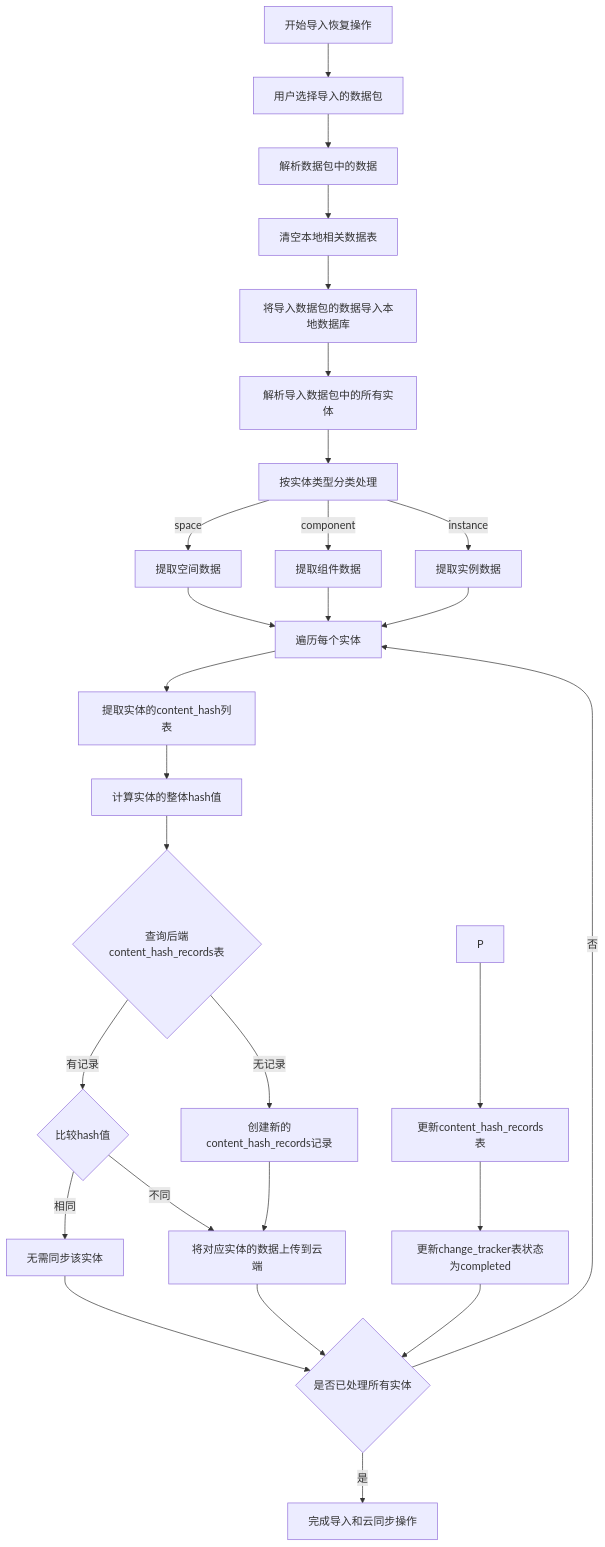
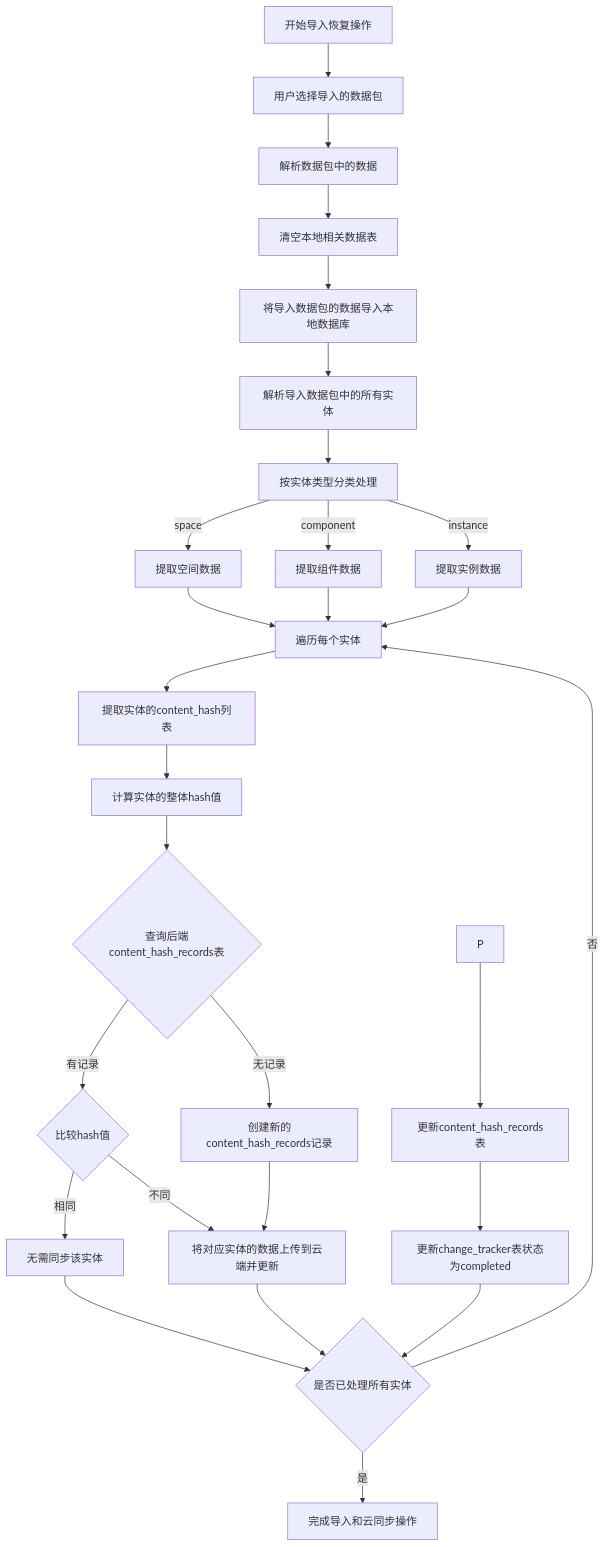
The diagram in all/未命名-44.md (yingjianzh/iodraw-files), drawn with Mermaid before and after one commit.

Commit message:
2025-04-27 11:42:43 update

````diff
--- a/all/未命名-44.md
+++ b/all/未命名-44.md
@@ -1,39 +1,39 @@
 ```mermaid
 flowchart TD
     A[开始导入恢复操作] --> B[用户选择导入的数据包]
     B --> C[解析数据包中的数据]
     
     C --> D[清空本地相关数据表]
     D --> E[将导入数据包的数据导入本地数据库]
     
     E --> F[解析导入数据包中的所有实体]
     F --> G[按实体类型分类处理]
     
     G -->|space| H1[提取空间数据]
     G -->|component| H2[提取组件数据]
     G -->|instance| H3[提取实例数据]
     
     H1 --> I[遍历每个实体]
     H2 --> I
     H3 --> I
     
     I --> J[提取实体的content_hash列表]
     J --> K[计算实体的整体hash值]
     
     K --> L{查询后端content_hash_records表}
     L -->|无记录| M1[创建新的content_hash_records记录]
     L -->|有记录| M2{比较hash值}
     
     M2 -->|相同| M3[无需同步该实体]
-    M2 -->|不同| M4[将对应实体的数据上传到云端]
+    M2 -->|不同| M4[将对应实体的数据上传到云端并更新]
     M1 --> M4
     
     P --> Q[更新content_hash_records表]
     Q --> R[更新change_tracker表状态为completed]
     M3 --> S{是否已处理所有实体}
     M4 --> S{是否已处理所有实体}
     R --> S
     
     S -->|否| I
     S -->|是| T[完成导入和云同步操作]
 ```
````
